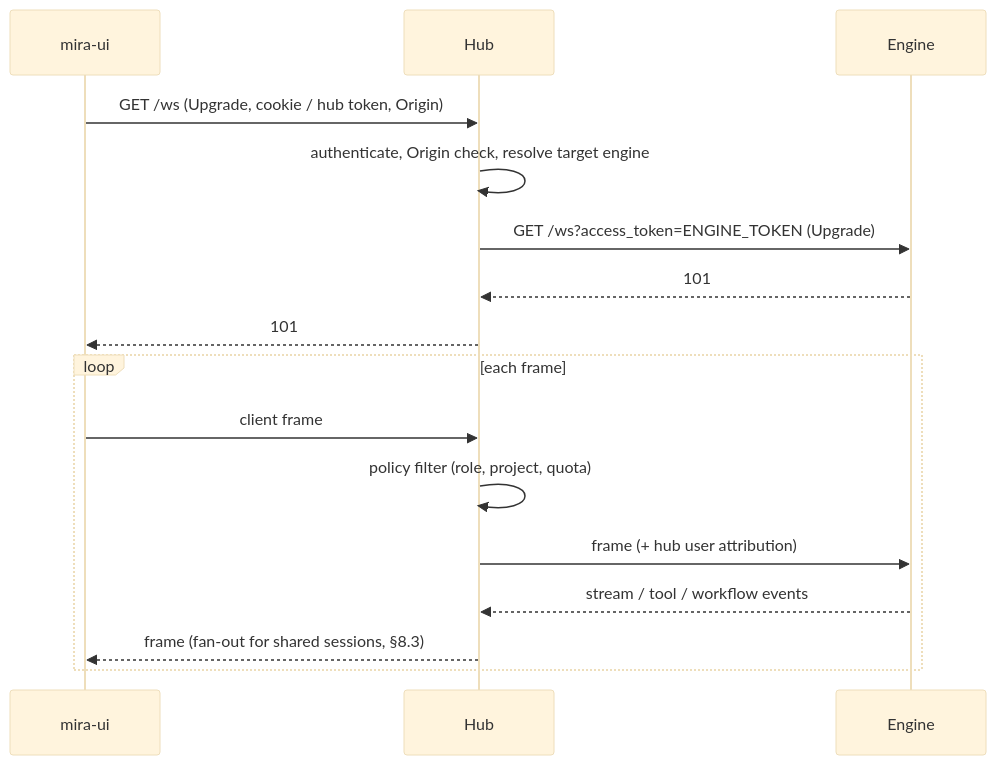
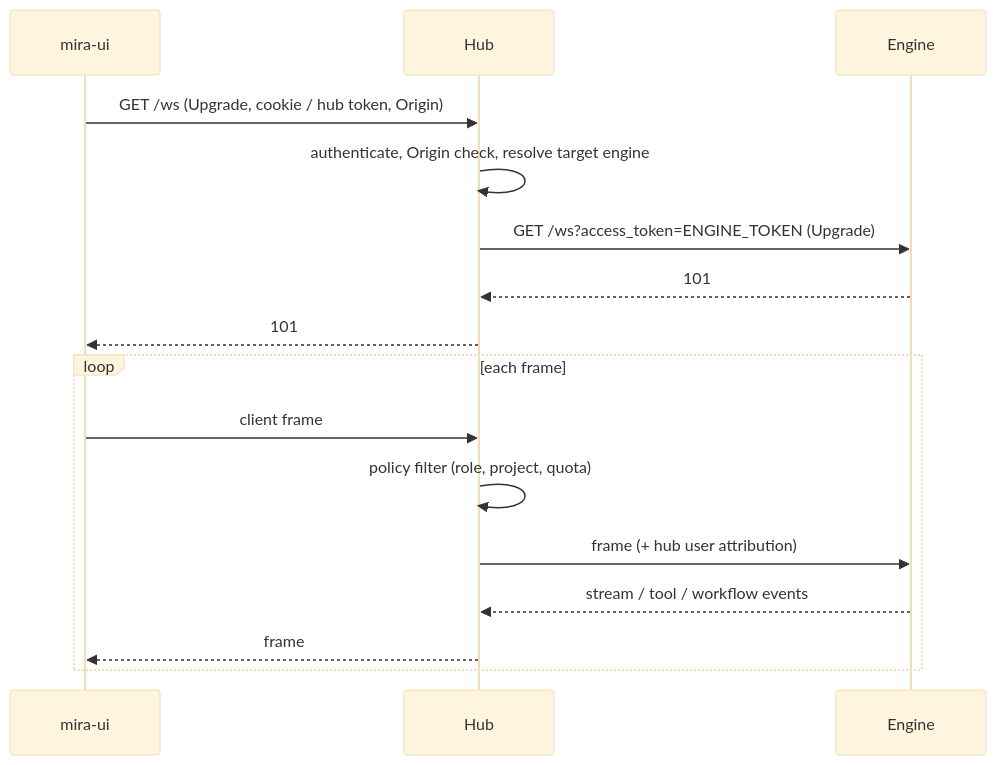
Before and after one commit to MIRA-Intelligence/mira: the fourth of 5 diagrams in docs/server-edition/architecture.md, drawn with Mermaid (base theme). The commit also changed other lines of this file, not shown here.

````diff
--- a/docs/server-edition/architecture.md
+++ b/docs/server-edition/architecture.md
@@ -172,18 +256,18 @@
 ```mermaid
 sequenceDiagram
   participant U as mira-ui
   participant H as Hub
   participant E as Engine
   U->>H: GET /ws (Upgrade, cookie / hub token, Origin)
   H->>H: authenticate, Origin check, resolve target engine
   H->>E: GET /ws?access_token=ENGINE_TOKEN (Upgrade)
   E-->>H: 101
   H-->>U: 101
   loop each frame
     U->>H: client frame
     H->>H: policy filter (role, project, quota)
     H->>E: frame (+ hub user attribution)
     E-->>H: stream / tool / workflow events
-    H-->>U: frame (fan-out for shared sessions, §8.3)
+    H-->>U: frame
   end
 ```
````
